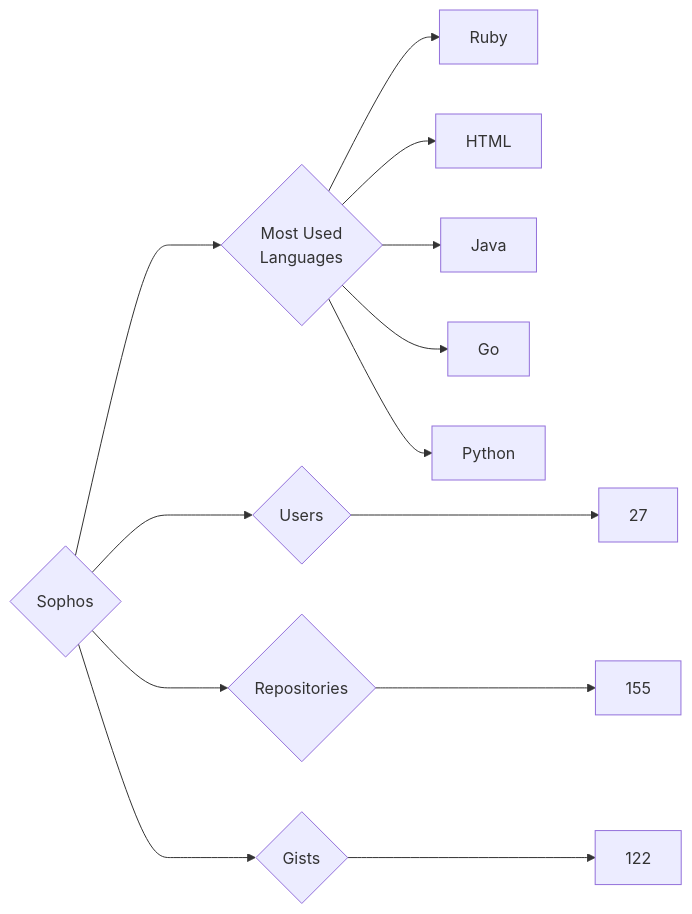
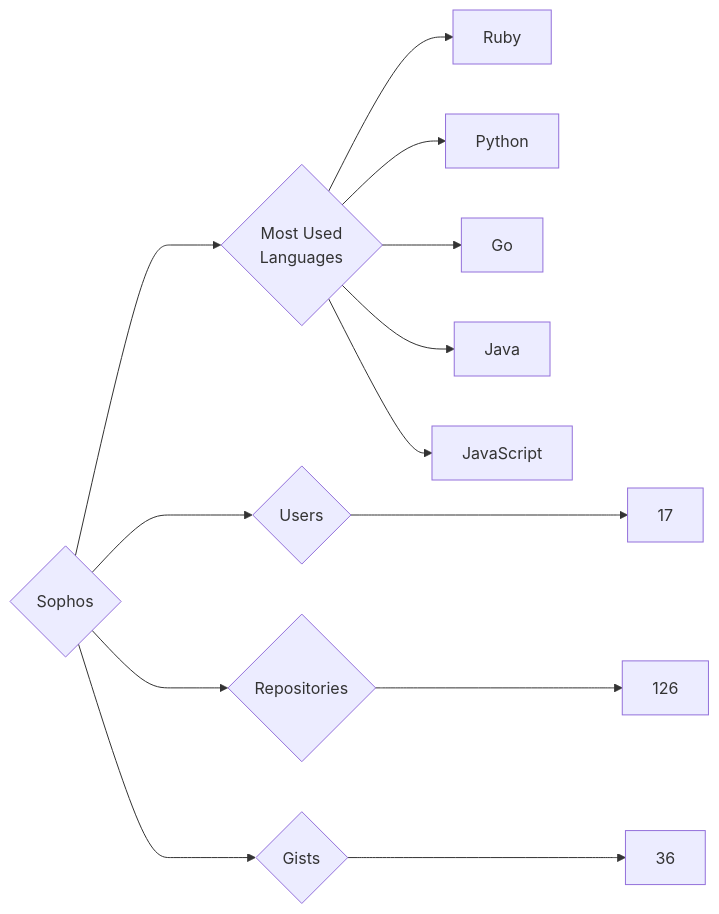
One commit to trickest/insiders changed the diagram in targets/Sophos/README.md. Above: the diagram before and after it, drawn with Mermaid. The commit also changed 765 other files, not shown here.

````diff
--- a/targets/Sophos/README.md
+++ b/targets/Sophos/README.md
@@ -3,13 +3,13 @@
 ```mermaid
 graph LR
 COMPANY_NAME{Sophos}
-COMPANY_NAME ---> U{Users} ---> UN[27]
-COMPANY_NAME ---> R{Repositories} ---> RN[155]
-COMPANY_NAME ---> G{Gists} ---> GN[122]
+COMPANY_NAME ---> U{Users} ---> UN[17]
+COMPANY_NAME ---> R{Repositories} ---> RN[126]
+COMPANY_NAME ---> G{Gists} ---> GN[36]
 COMPANY_NAME ---> ML{Most Used<br>Languages}
 ML --> Ruby[Ruby]
-ML --> HTML[HTML]
+ML --> Python[Python]
+ML --> Go[Go]
 ML --> Java[Java]
-ML --> Go[Go]
-ML --> Python[Python]
+ML --> JavaScript[JavaScript]
 ```
````
